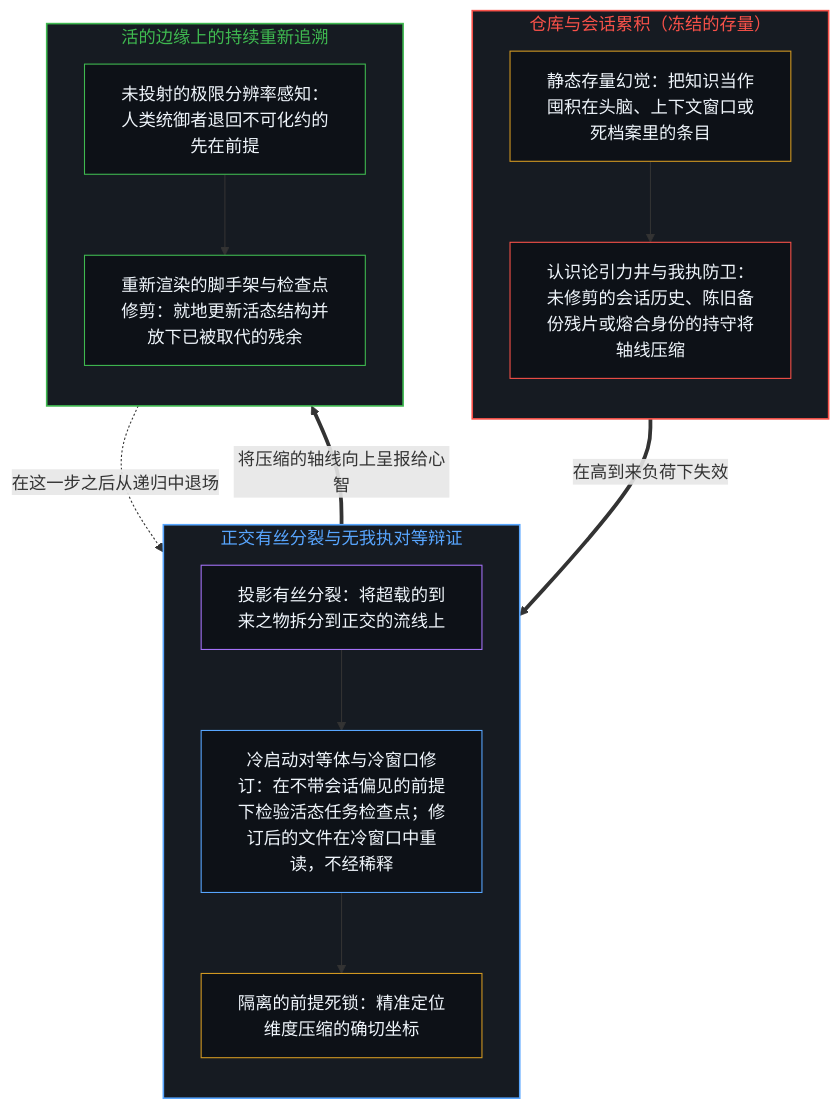
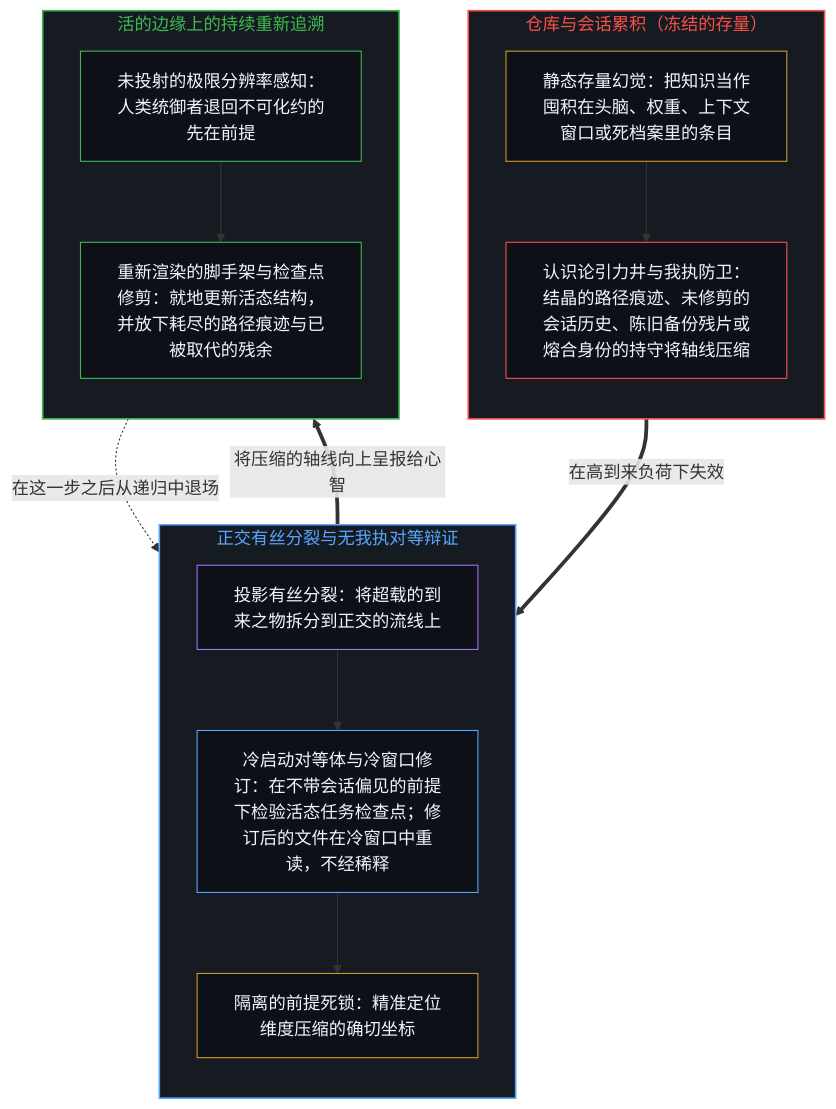
Before and after one commit to powerpig99/not-a-toe: the first of 2 diagrams in content/posts/the-real-scarcity-is-not-memory-but-continuous-re-tracing.md, drawn with Mermaid. The commit also changed other lines of this file and 13 other files, not shown here.

````diff
--- a/content/posts/the-real-scarcity-is-not-memory-but-continuous-re-tracing.md
+++ b/content/posts/the-real-scarcity-is-not-memory-but-continuous-re-tracing.md
@@ -69,35 +69,35 @@
 ```mermaid
 flowchart TD
     subgraph S_Store["仓库与会话累积（冻结的存量）"]
         direction TB
-        Stock["静态存量幻觉：把知识当作囤积在头脑、上下文窗口或死档案里的条目"]
-        Well["认识论引力井与我执防卫：未修剪的会话历史、陈旧备份残片或熔合身份的持守将轴线压缩"]
+        Stock["静态存量幻觉：把知识当作囤积在头脑、权重、上下文窗口或死档案里的条目"]
+        Well["认识论引力井与我执防卫：结晶的路径痕迹、未修剪的会话历史、陈旧备份残片或熔合身份的持守将轴线压缩"]
         Stock --> Well
     end
     subgraph S_Dialectics["正交有丝分裂与无我执对等辩证"]
         direction TB
         Mitosis["投影有丝分裂：将超载的到来之物拆分到正交的流线上"]
         Peer["冷启动对等体与冷窗口修订：在不带会话偏见的前提下检验活态任务检查点；修订后的文件在冷窗口中重读，不经稀释"]
         Deadlock["隔离的前提死锁：精准定位维度压缩的确切坐标"]
         Mitosis --> Peer --> Deadlock
     end
     subgraph S_Retrace["活的边缘上的持续重新追溯"]
         direction TB
         StepBack["未投射的极限分辨率感知：人类统御者退回不可化约的先在前提"]
-        Redraw["重新渲染的脚手架与检查点修剪：就地更新活态结构并放下已被取代的残余"]
+        Redraw["重新渲染的脚手架与检查点修剪：就地更新活态结构，并放下耗尽的路径痕迹与已被取代的残余"]
         StepBack --> Redraw
     end
     Well ==>|"在高到来负荷下失效"| Mitosis
     Deadlock ==>|"将压缩的轴线向上呈报给心智"| StepBack
     Redraw -.->|"在这一步之后从递归中退场"| Mitosis
     style S_Store fill:#161b22,stroke:#f85149,stroke-width:1.5px,color:#f85149
     style S_Dialectics fill:#161b22,stroke:#58a6ff,stroke-width:1.5px,color:#58a6ff
     style S_Retrace fill:#161b22,stroke:#3fb950,stroke-width:1.5px,color:#3fb950
     style Stock fill:#0d1117,stroke:#d29922,stroke-width:1px,color:#f0f6fc
     style Well fill:#0d1117,stroke:#f85149,stroke-width:1px,color:#f0f6fc
     style Mitosis fill:#0d1117,stroke:#a371f7,stroke-width:1px,color:#f0f6fc
     style Peer fill:#0d1117,stroke:#58a6ff,stroke-width:1px,color:#f0f6fc
     style Deadlock fill:#0d1117,stroke:#d29922,stroke-width:1px,color:#f0f6fc
     style StepBack fill:#0d1117,stroke:#3fb950,stroke-width:1px,color:#f0f6fc
     style Redraw fill:#0d1117,stroke:#3fb950,stroke-width:1px,color:#f0f6fc
 ```
````
